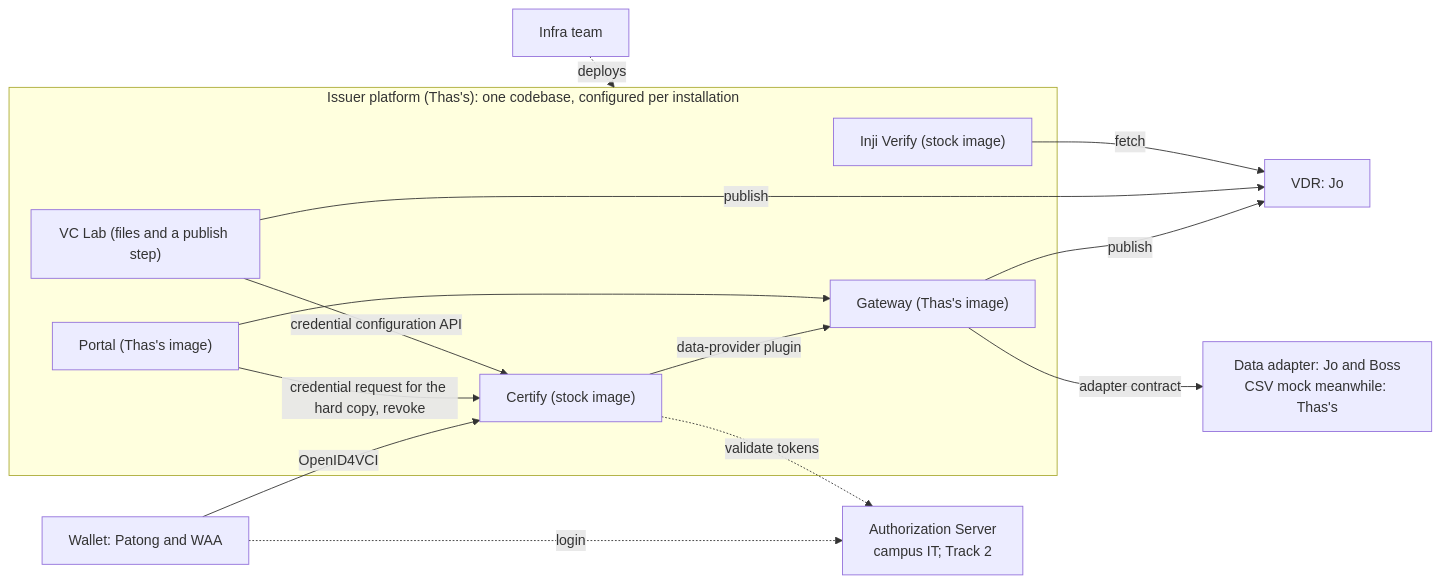
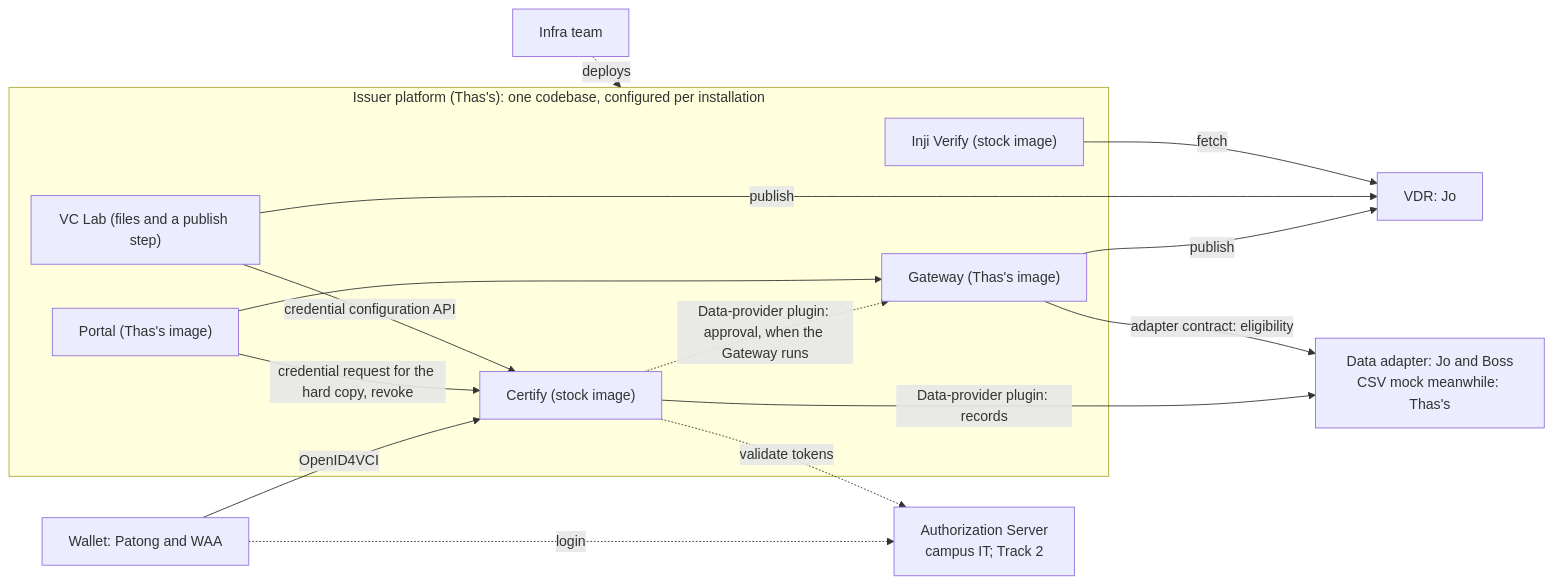
One commit to mosip-asia/ait-transcript changed the diagram in wiki/project/issuer-v0.1/responsibilities.md. Above: the diagram before and after it, drawn with Mermaid. The commit also changed other lines of this file and 17 other files, not shown here.

````diff
--- a/wiki/project/issuer-v0.1/responsibilities.md
+++ b/wiki/project/issuer-v0.1/responsibilities.md
@@ -11,27 +11,28 @@
 ```mermaid
 flowchart LR
   subgraph Platform["Issuer platform (Thas's): one codebase, configured per installation"]
     Gateway["Gateway (Thas's image)"]
     Portal["Portal (Thas's image)"]
     Certify["Certify (stock image)"]
     Verifier["Inji Verify (stock image)"]
     Lab["VC Lab (files and a publish step)"]
   end
   AS["Authorization Server<br/>campus IT; Track 2"]
   Adapter["Data adapter: Jo and Boss<br/>CSV mock meanwhile: Thas's"]
   VDR["VDR: Jo"]
   Wallet["Wallet: Patong and WAA"]
   Infra["Infra team"]
   Wallet -->|OpenID4VCI| Certify
-  Certify -->|data-provider plugin| Gateway
-  Gateway -->|adapter contract| Adapter
+  Certify -->|Data-provider plugin: records| Adapter
+  Certify -.->|Data-provider plugin: approval, when the Gateway runs| Gateway
+  Gateway -->|adapter contract: eligibility| Adapter
   Portal --> Gateway
   Portal -->|credential request for the hard copy, revoke| Certify
   Gateway -->|publish| VDR
   Lab -->|publish| VDR
   Lab -->|credential configuration API| Certify
   Verifier -->|fetch| VDR
   Wallet -.->|login| AS
   Certify -.->|validate tokens| AS
   Infra -.->|deploys| Platform
 ```
````
